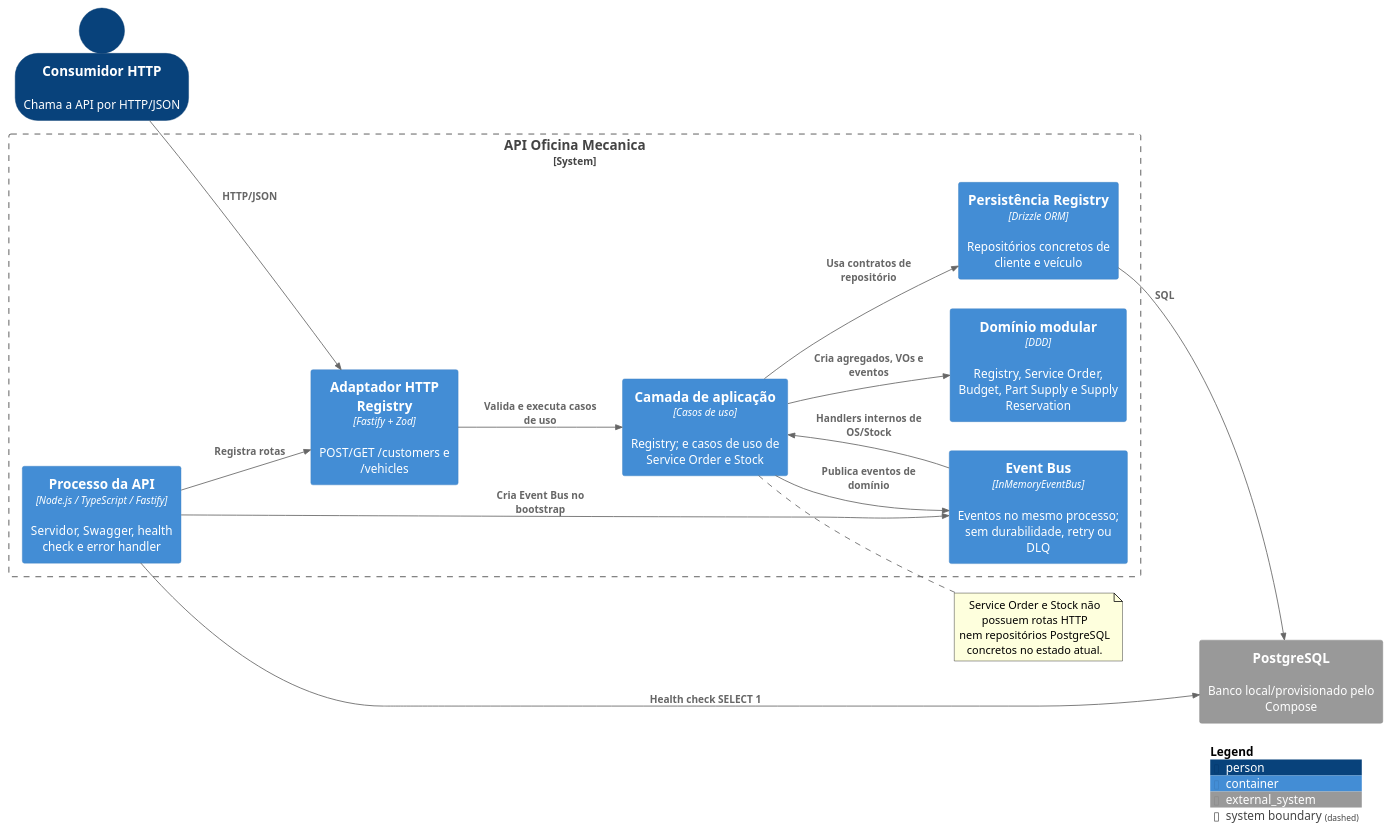
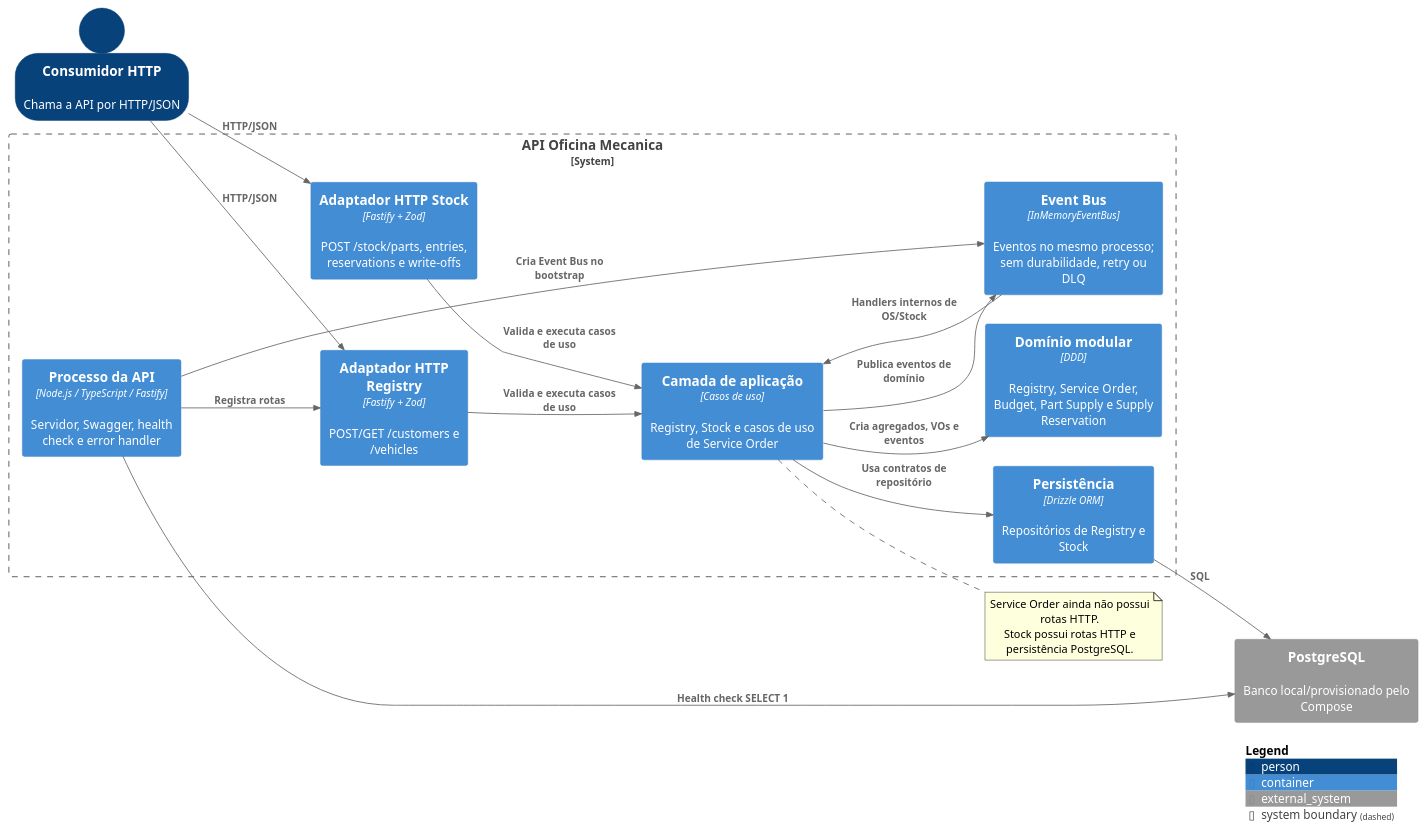
Before and after one commit to 15soat-fiap-45/api.mecanica: the diagram in docs/plantuml/c4-containers.puml, drawn with PlantUML. The commit also changed 14 other files, not shown here.

First line of the commit message:
feat: add stock management features including routes, use cases, and database schema

```diff
--- a/docs/plantuml/c4-containers.puml
+++ b/docs/plantuml/c4-containers.puml
@@ -1,34 +1,37 @@
 @startuml C4 Containers - API Oficina Mecanica
 !include https://raw.githubusercontent.com/plantuml-stdlib/C4-PlantUML/master/C4_Container.puml
 LAYOUT_LEFT_RIGHT()
 SHOW_PERSON_OUTLINE()
 
 Person(client, "Consumidor HTTP", "Chama a API por HTTP/JSON")
 
 System_Boundary(system, "API Oficina Mecanica") {
     Container(api, "Processo da API", "Node.js / TypeScript / Fastify", "Servidor, Swagger, health check e error handler")
     Container(registry_http, "Adaptador HTTP Registry", "Fastify + Zod", "POST/GET /customers e /vehicles")
-    Container(application, "Camada de aplicação", "Casos de uso", "Registry; e casos de uso de Service Order e Stock")
+    Container(stock_http, "Adaptador HTTP Stock", "Fastify + Zod", "POST /stock/parts, entries, reservations e write-offs")
+    Container(application, "Camada de aplicação", "Casos de uso", "Registry, Stock e casos de uso de Service Order")
     Container(domain, "Domínio modular", "DDD", "Registry, Service Order, Budget, Part Supply e Supply Reservation")
     Container(event_bus, "Event Bus", "InMemoryEventBus", "Eventos no mesmo processo; sem durabilidade, retry ou DLQ")
-    Container(drizzle, "Persistência Registry", "Drizzle ORM", "Repositórios concretos de cliente e veículo")
+    Container(drizzle, "Persistência", "Drizzle ORM", "Repositórios de Registry e Stock")
 }
 System_Ext(postgres, "PostgreSQL", "Banco local/provisionado pelo Compose")
 
 Rel(client, registry_http, "HTTP/JSON")
+Rel(client, stock_http, "HTTP/JSON")
 Rel(registry_http, application, "Valida e executa casos de uso")
+Rel(stock_http, application, "Valida e executa casos de uso")
 Rel(application, domain, "Cria agregados, VOs e eventos")
 Rel(application, drizzle, "Usa contratos de repositório")
 Rel(drizzle, postgres, "SQL")
 Rel(application, event_bus, "Publica eventos de domínio")
 Rel(event_bus, application, "Handlers internos de OS/Stock")
 Rel(api, registry_http, "Registra rotas")
 Rel(api, event_bus, "Cria Event Bus no bootstrap")
 Rel(api, postgres, "Health check SELECT 1")
 
 note right of application
-    Service Order e Stock não possuem rotas HTTP
-    nem repositórios PostgreSQL concretos no estado atual.
+    Service Order ainda não possui rotas HTTP.
+    Stock possui rotas HTTP e persistência PostgreSQL.
 end note
 SHOW_LEGEND()
 @enduml
```
